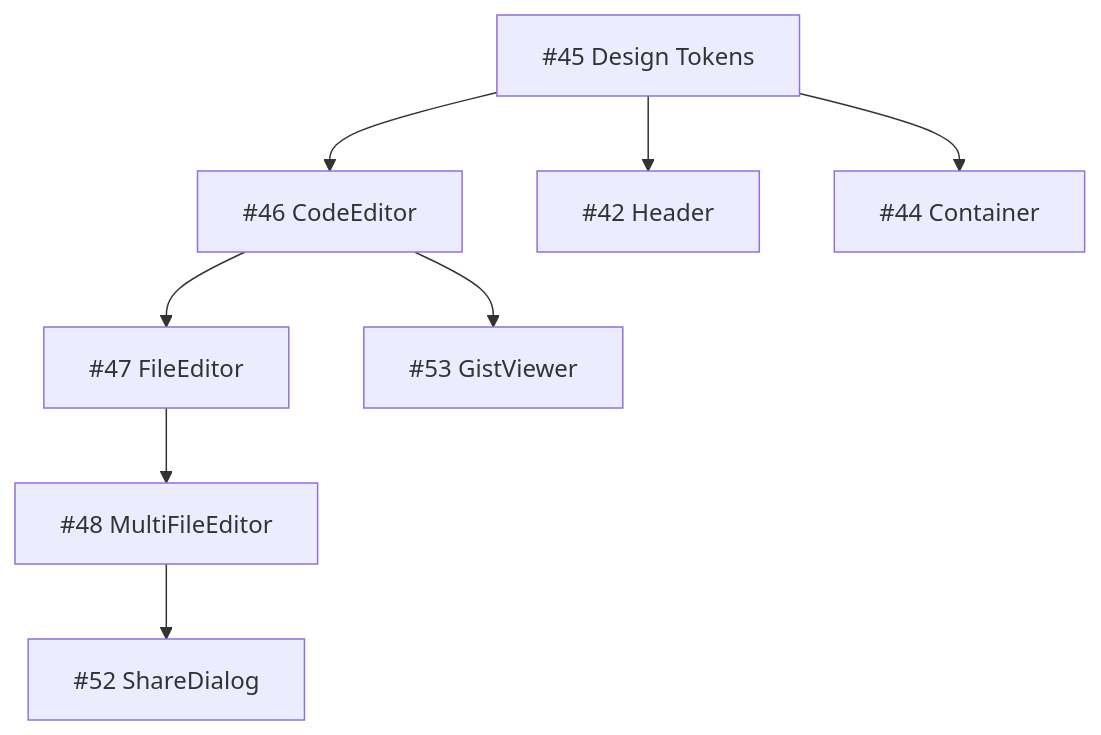
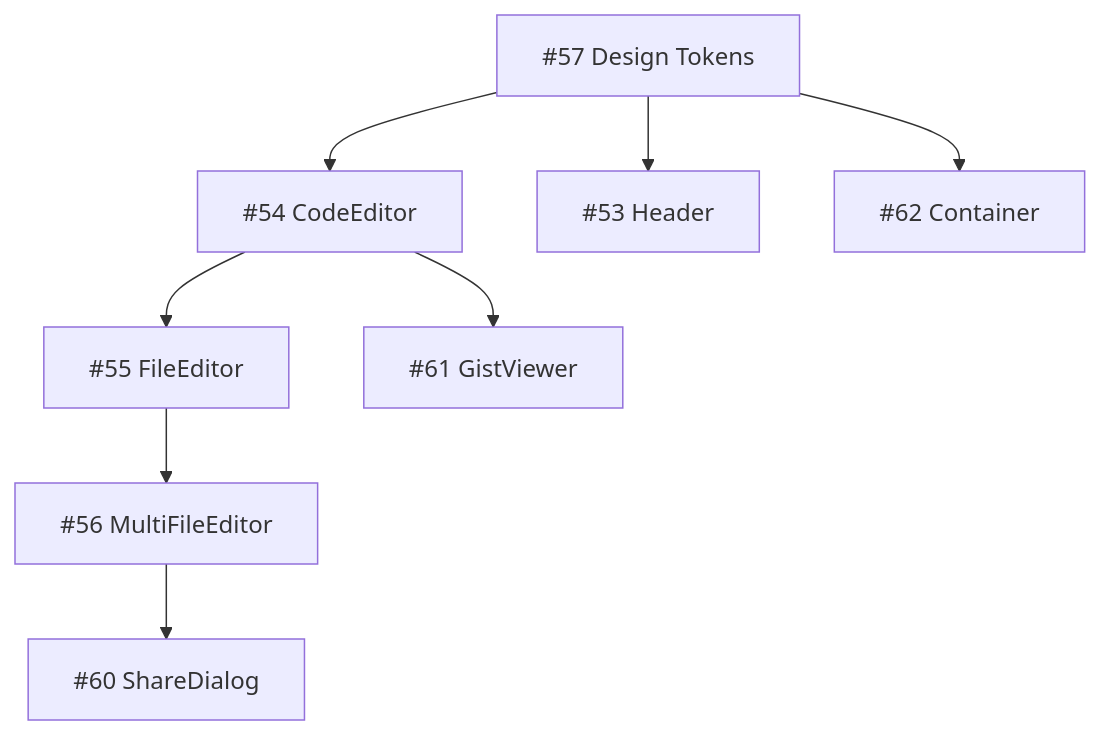
Before and after one commit to nullcoder/ghostpaste: the diagram in docs/PHASE_4_SUMMARY.md, drawn with Mermaid. The commit also changed other lines of this file and 2 other files, not shown here.

````diff
--- a/docs/PHASE_4_SUMMARY.md
+++ b/docs/PHASE_4_SUMMARY.md
@@ -69,10 +69,10 @@
 ```mermaid
 graph TD
-    A[#45 Design Tokens] --> B[#46 CodeEditor]
-    B --> C[#47 FileEditor]
-    C --> D[#48 MultiFileEditor]
-    B --> E[#53 GistViewer]
-    A --> F[#42 Header]
-    A --> G[#44 Container]
-    D --> H[#52 ShareDialog]
+    A[#57 Design Tokens] --> B[#54 CodeEditor]
+    B --> C[#55 FileEditor]
+    C --> D[#56 MultiFileEditor]
+    B --> E[#61 GistViewer]
+    A --> F[#53 Header]
+    A --> G[#62 Container]
+    D --> H[#60 ShareDialog]
 ```
````
